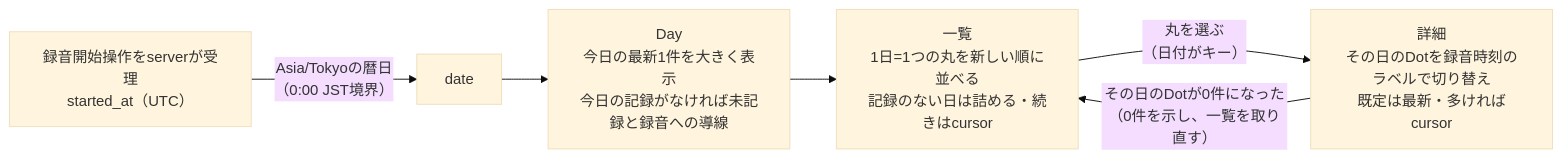
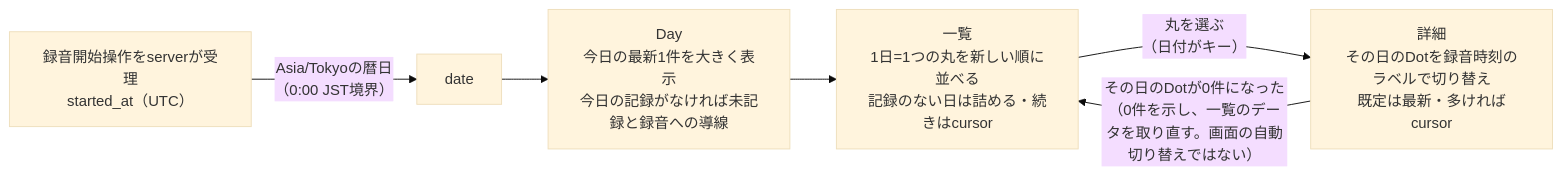
Before and after one commit to FujieMasaki/fod-app: the diagram in docs/dot-history.md, drawn with Mermaid (base theme). The commit also changed 1 other file, not shown here.

Commit message:
docs: 成功後もACKがなければ24時間で全文の削除を始めることを図に示す - privacy.mdの成功の枝を「受領ACK」と「ACKが来ないまま受理から24時間」に分け、どちらでも文字起こし全文とjobの削除処理を始めるようにした。期限が「Dotになる前」だけに効くように読めていた（サブエージェントの指摘） - 結果の照会を分岐の前に置き、処理中も続けて失敗もそこで分かるようにした - 取り消し・完全削除・退会で使用済みattemptのidと期限を残すことを注記した - jobの削除はアプリが行い、委託先の内部で保持され得る分は即時に消せない、と書き分けた - dot-history.mdの0件の矢印を、画面の自動切り替えではなく一覧のデータの取り直しと明記した
Claude-Session: https://claude.ai/code/session_01KTEi7nzin7t41k1wbo4Bbr

````diff
--- a/docs/dot-history.md
+++ b/docs/dot-history.md
@@ -105,9 +105,9 @@
 ```mermaid
 flowchart LR
     Rec["録音開始操作をserverが受理<br/>started_at（UTC）"] -->|"Asia/Tokyoの暦日<br/>（0:00 JST境界）"| Date["date"]
     Date --> Day
     Day["Day<br/>今日の最新1件を大きく表示<br/>今日の記録がなければ未記録と録音への導線"] --> List
     List["一覧<br/>1日=1つの丸を新しい順に並べる<br/>記録のない日は詰める・続きはcursor"] -->|"丸を選ぶ<br/>（日付がキー）"| Detail
     Detail["詳細<br/>その日のDotを録音時刻のラベルで切り替え<br/>既定は最新・多ければcursor"]
-    Detail -->|"その日のDotが0件になった<br/>（0件を示し、一覧を取り直す）"| List
+    Detail -->|"その日のDotが0件になった<br/>（0件を示し、一覧のデータを取り直す。画面の自動切り替えではない）"| List
 ```
````
